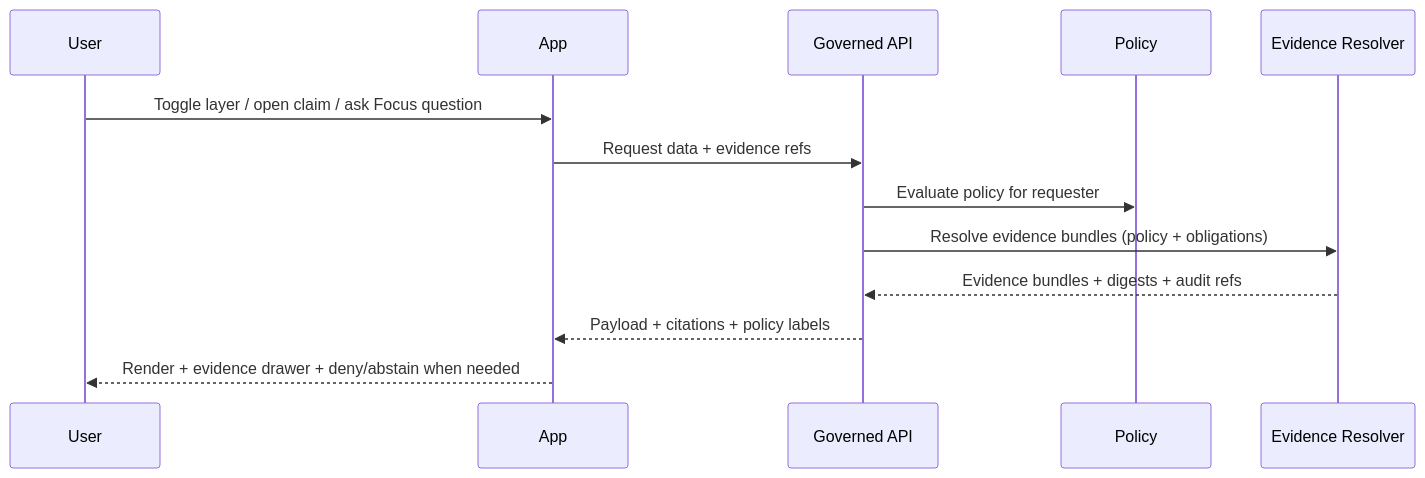
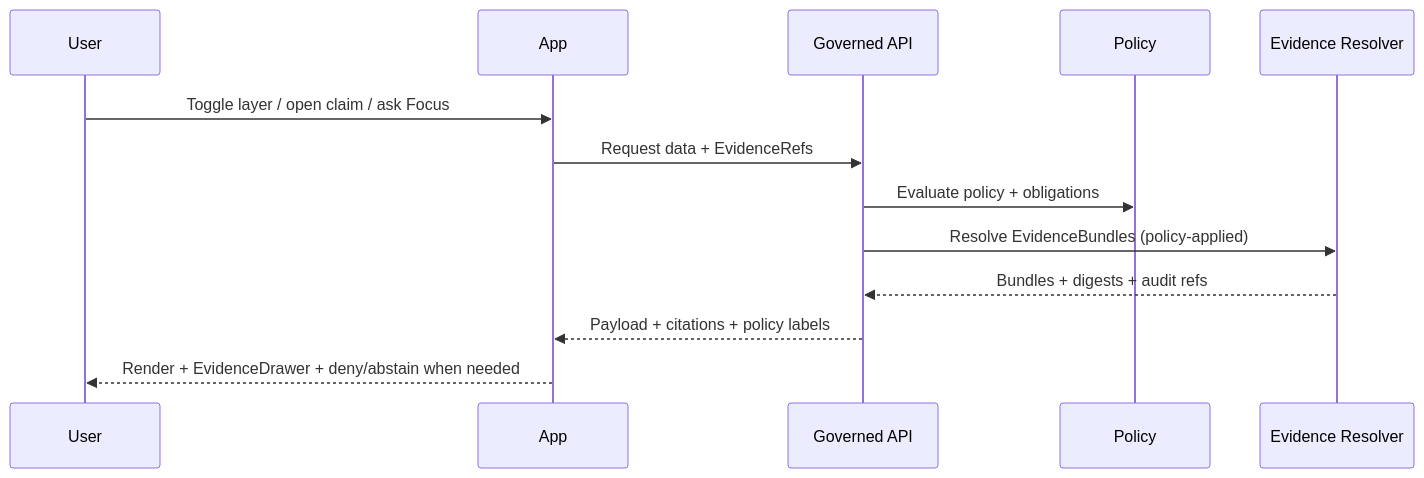
One commit to bartytime4life/Kansas-Frontier-Matrix changed the second of 2 diagrams in apps/README.md. Above: the diagram before and after it, drawn with Mermaid. The commit also changed other lines of this file, not shown here.

````diff
--- a/apps/README.md
+++ b/apps/README.md
@@ -365,16 +400,16 @@
 ```mermaid
 sequenceDiagram
   participant U as User
   participant A as App
   participant G as Governed API
   participant P as Policy
   participant E as Evidence Resolver
 
-  U->>A: Toggle layer / open claim / ask Focus question
-  A->>G: Request data + evidence refs
-  G->>P: Evaluate policy for requester
-  G->>E: Resolve evidence bundles (policy + obligations)
-  E-->>G: Evidence bundles + digests + audit refs
+  U->>A: Toggle layer / open claim / ask Focus
+  A->>G: Request data + EvidenceRefs
+  G->>P: Evaluate policy + obligations
+  G->>E: Resolve EvidenceBundles (policy-applied)
+  E-->>G: Bundles + digests + audit refs
   G-->>A: Payload + citations + policy labels
-  A-->>U: Render + evidence drawer + deny/abstain when needed
+  A-->>U: Render + EvidenceDrawer + deny/abstain when needed
 ```
````
